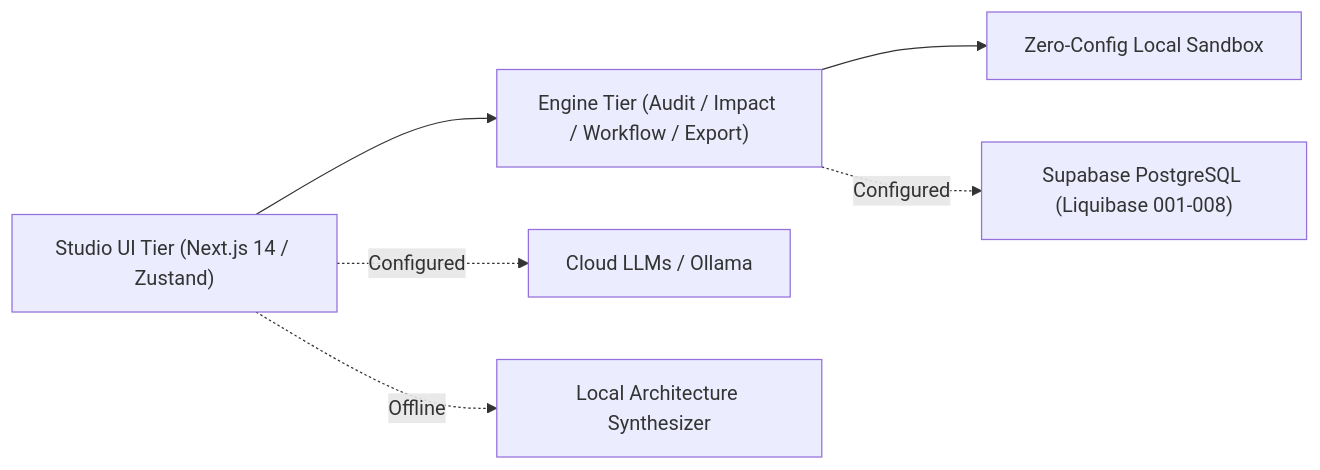
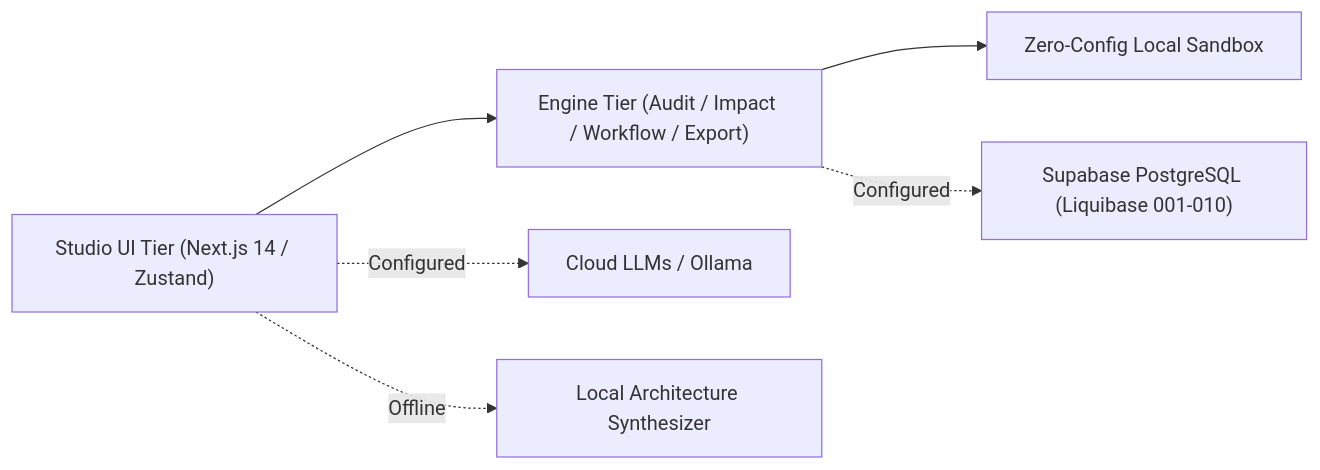
One commit to ravi-kundu7284/it-common-doc-arch-stdio-app changed the diagram in README.md. Above: the diagram before and after it, drawn with Mermaid. The commit also changed other lines of this file and 49 other files, not shown here.

````diff
--- a/README.md
+++ b/README.md
@@ -68,8 +75,8 @@
 ```mermaid
 graph LR
     UI["Studio UI Tier (Next.js 14 / Zustand)"] --> Engine["Engine Tier (Audit / Impact / Workflow / Export)"]
     Engine --> LocalDB["Zero-Config Local Sandbox"]
-    Engine -.->|Configured| SupabaseDB["Supabase PostgreSQL (Liquibase 001-008)"]
+    Engine -.->|Configured| SupabaseDB["Supabase PostgreSQL (Liquibase 001-010)"]
     UI -.->|Configured| CloudLLM["Cloud LLMs / Ollama"]
     UI -.->|Offline| LocalSynth["Local Architecture Synthesizer"]
 ```
````
